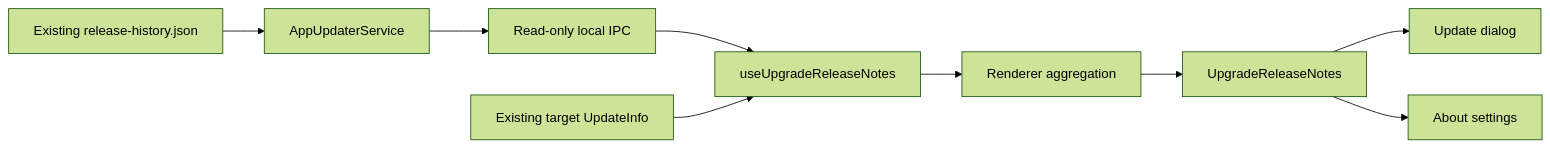
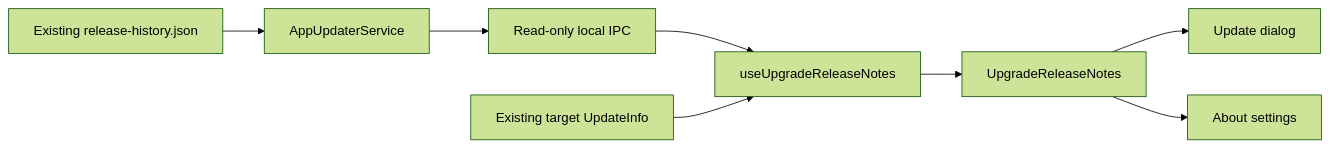
One commit to CherryHQ/cherry-studio changed the diagram in .agents/notes/proposed/feature/2026-10-31-upgrade-release-notes.md. Above: the diagram before and after it, drawn with Mermaid (forest theme). The commit also changed other lines of this file and 2 other files, not shown here.

Commit message:
docs(app-updater): specify collapsible version timeline

````diff
--- a/.agents/notes/proposed/feature/2026-10-31-upgrade-release-notes.md
+++ b/.agents/notes/proposed/feature/2026-10-31-upgrade-release-notes.md
@@ -31,11 +31,10 @@
 ```mermaid
 flowchart LR
   Feed[Existing release-history.json] --> Main[AppUpdaterService]
   Main --> IPC[Read-only local IPC]
   IPC --> Hook[useUpgradeReleaseNotes]
   Target[Existing target UpdateInfo] --> Hook
-  Hook --> Aggregate[Renderer aggregation]
-  Aggregate --> View[UpgradeReleaseNotes]
+  Hook --> View[UpgradeReleaseNotes]
   View --> Dialog[Update dialog]
   View --> About[About settings]
 ```
````
